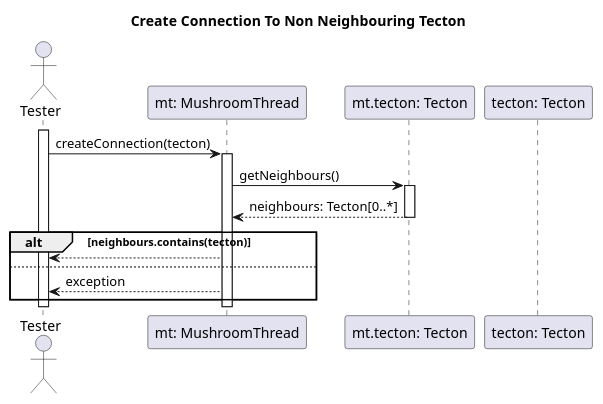
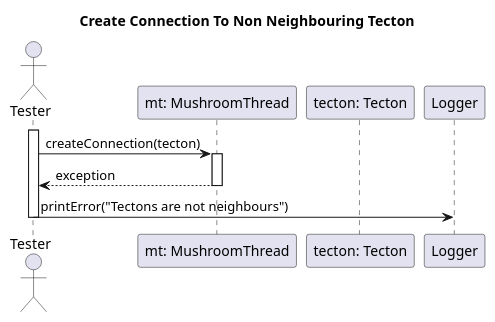
Before and after one commit to dzsem/projlab: the diagram in diagrams/test-sequence/mushroom/createConnectionToNotNeighbouringTecton.wsd, drawn with PlantUML.

Commit message:
Fixed createConnection to non neighbour

```diff
--- a/diagrams/test-sequence/mushroom/createConnectionToNotNeighbouringTecton.wsd
+++ b/diagrams/test-sequence/mushroom/createConnectionToNotNeighbouringTecton.wsd
@@ -1,36 +1,22 @@
 @startuml Create Connection To Non Neighbouring Tecton
 
 title Create Connection To Non Neighbouring Tecton
 
 actor "Tester" as tester
 
 participant "mt: MushroomThread" as mt
-participant "mt.tecton: Tecton" as tecton
 participant "tecton: Tecton" as not_negihbour
+participant "Logger" as logger
 
 activate tester
+
 tester -> mt: createConnection(tecton)
 activate mt
+mt --> tester: exception
+deactivate mt
 
-mt->tecton: getNeighbours()
-activate tecton
-tecton --> mt: neighbours: Tecton[0..*]
-deactivate tecton
-
-'mt -> mt: neighbours.contains(tecton)
-'activate mt
-'mt --> mt: false
-'deactivate mt
-
-alt neighbours.contains(tecton) 
-    mt --> tester
-else
-    mt --> tester: exception
-end
-deactivate mt
+tester -> logger: printError("Tectons are not neighbours") 
 deactivate tester
 
 
-
-
 @enduml
```
